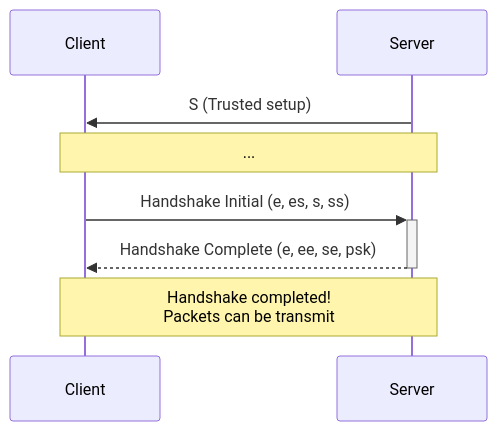
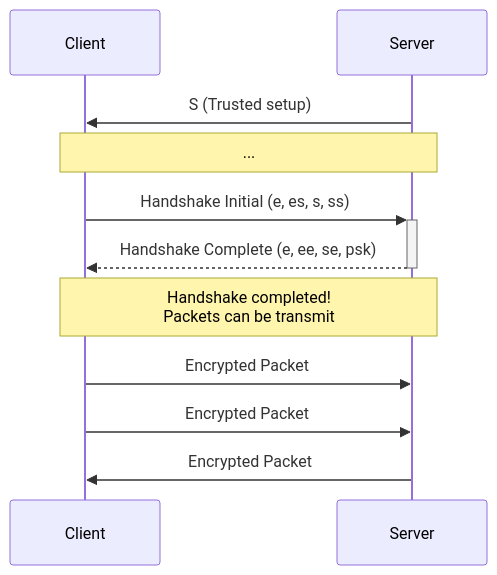
Before and after one commit to holynet-zone/vpn: the first of 3 diagrams in README.md, drawn with Mermaid. The commit also changed other lines of this file, not shown here.

Commit message:
docs: update README handshake and packet structure details

````diff
--- a/README.md
+++ b/README.md
@@ -49,13 +49,16 @@
 ```mermaid
 sequenceDiagram
     participant Client
     participant Server
 
     Server->>Client: S (Trusted setup)
     Note over Server,Client: ...
 
     Client->>+Server: Handshake Initial (e, es, s, ss)
     Server-->>-Client: Handshake Complete (e, ee, se, psk)
     Note over Server,Client: Handshake completed! <br/>Packets can be transmit
     
+    Client->>Server: Encrypted Packet
+    Client->>Server: Encrypted Packet
+    Server->>Client: Encrypted Packet
 ```
````
